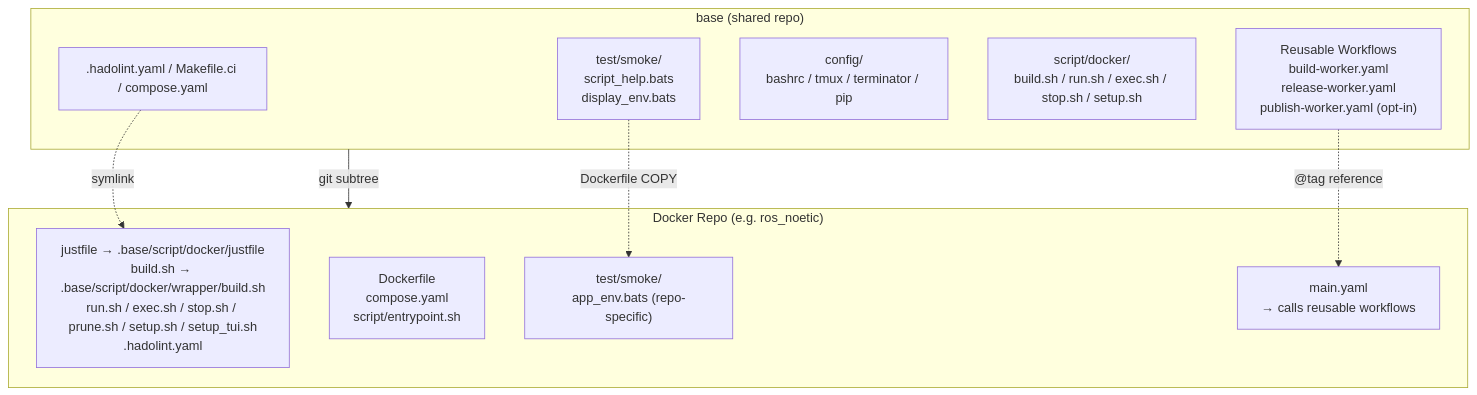
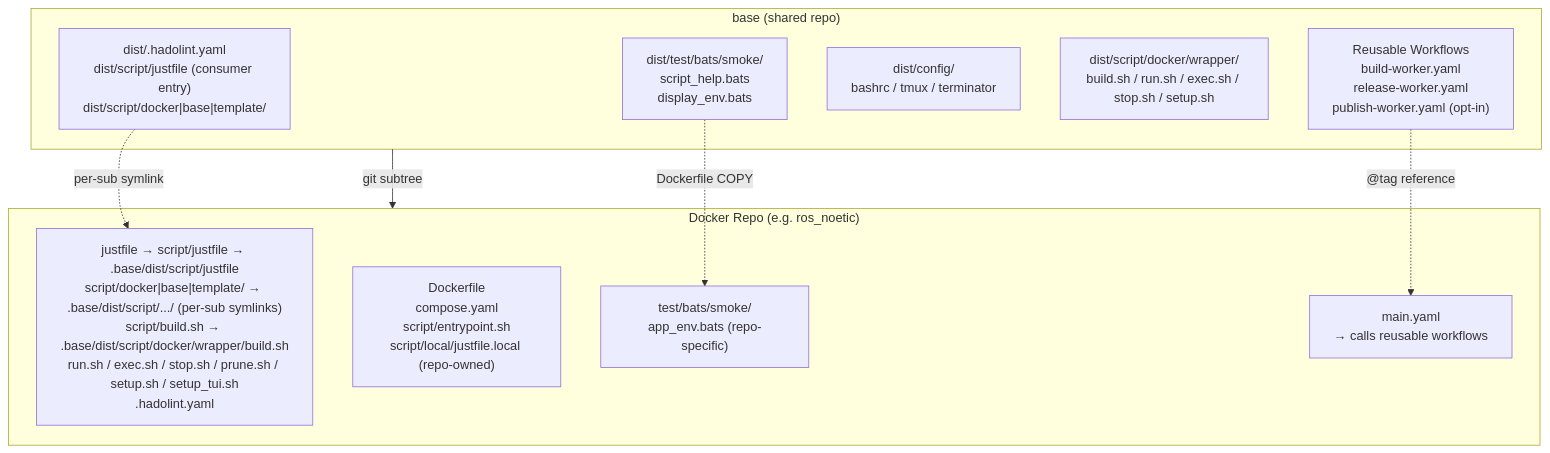
One commit to ycpss91255-docker/isaac changed the first of 2 diagrams in .base/README.md. Above: the diagram before and after it, drawn with Mermaid. The commit also changed other lines of this file and 411 other files, not shown here.

````diff
--- a/.base/README.md
+++ b/.base/README.md
@@ -56,22 +81,22 @@
 ```mermaid
 graph TB
     subgraph base["base (shared repo)"]
-        scripts[".hadolint.yaml / Makefile.ci / compose.yaml"]
-        smoke["test/smoke/<br/>script_help.bats<br/>display_env.bats"]
-        config["config/<br/>bashrc / tmux / terminator / pip"]
-        mgmt["script/docker/<br/>build.sh / run.sh / exec.sh / stop.sh / setup.sh"]
+        scripts["dist/.hadolint.yaml<br/>dist/script/justfile (consumer entry)<br/>dist/script/docker|base|template/"]
+        smoke["dist/test/bats/smoke/<br/>script_help.bats<br/>display_env.bats"]
+        config["dist/config/<br/>bashrc / tmux / terminator"]
+        mgmt["dist/script/docker/wrapper/<br/>build.sh / run.sh / exec.sh / stop.sh / setup.sh"]
         workflows["Reusable Workflows<br/>build-worker.yaml<br/>release-worker.yaml<br/>publish-worker.yaml (opt-in)"]
     end
 
     subgraph consumer["Docker Repo (e.g. ros_noetic)"]
-        symlinks["justfile → .base/script/docker/justfile<br/>build.sh → .base/script/docker/wrapper/build.sh<br/>run.sh / exec.sh / stop.sh / prune.sh / setup.sh / setup_tui.sh<br/>.hadolint.yaml"]
-        dockerfile["Dockerfile<br/>compose.yaml<br/>script/entrypoint.sh"]
-        repo_test["test/smoke/<br/>app_env.bats (repo-specific)"]
+        symlinks["justfile → script/justfile → .base/dist/script/justfile<br/>script/docker|base|template/ → .base/dist/script/.../ (per-sub symlinks)<br/>script/build.sh → .base/dist/script/docker/wrapper/build.sh<br/>run.sh / exec.sh / stop.sh / prune.sh / setup.sh / setup_tui.sh<br/>.hadolint.yaml"]
+        dockerfile["Dockerfile<br/>compose.yaml<br/>script/entrypoint.sh<br/>script/local/justfile.local (repo-owned)"]
+        repo_test["test/bats/smoke/<br/>app_env.bats (repo-specific)"]
         main_yaml["main.yaml<br/>→ calls reusable workflows"]
     end
 
     base -- "git subtree" --> consumer
-    scripts -. symlink .-> symlinks
+    scripts -. "per-sub symlink" .-> symlinks
     smoke -. "Dockerfile COPY" .-> repo_test
     workflows -. "@tag reference" .-> main_yaml
 ```
````
